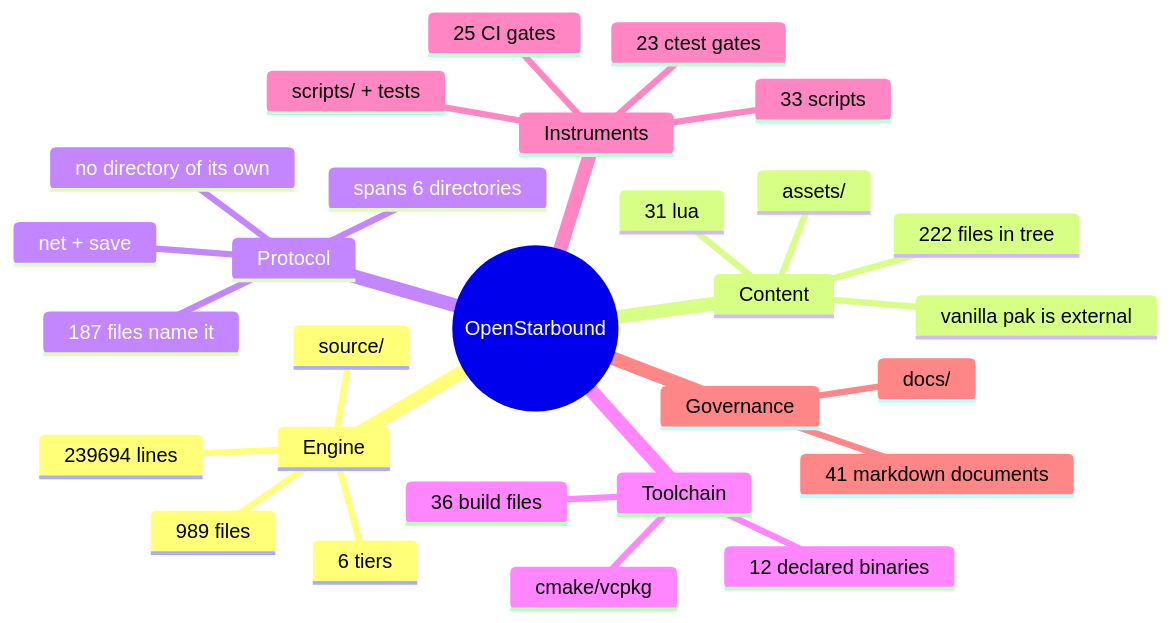
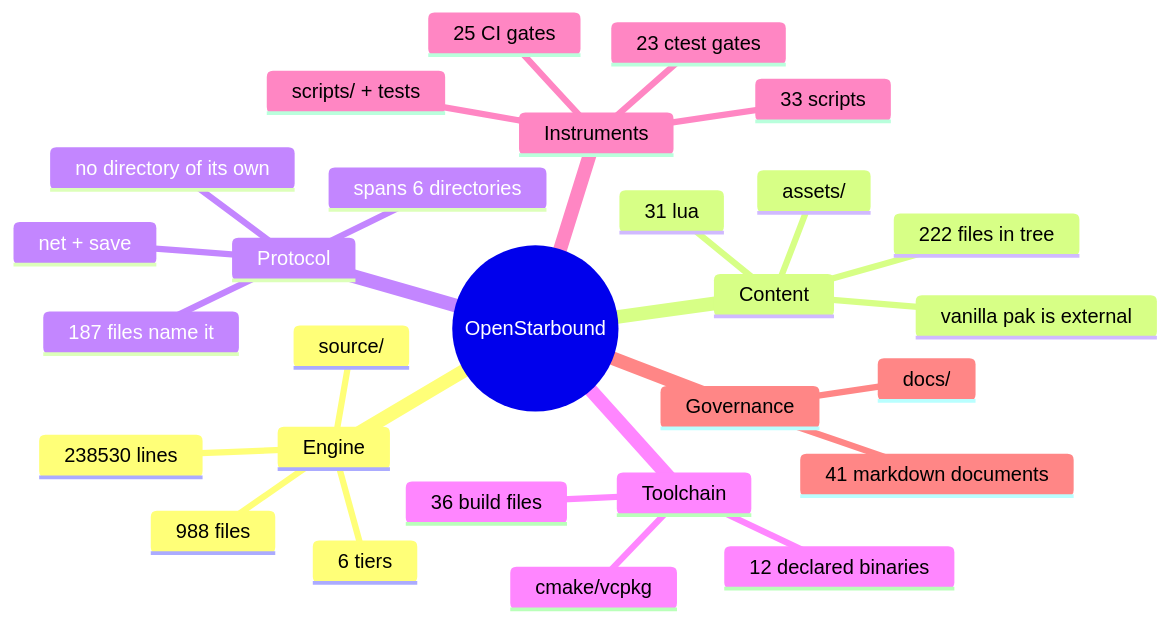
One commit to apnex/OpenStarbound changed the second of 11 diagrams in docs/architecture/system-boundaries.md. Above: the diagram before and after it, drawn with Mermaid. The commit also changed other lines of this file and 7 other files, not shown here.

````diff
--- a/docs/architecture/system-boundaries.md
+++ b/docs/architecture/system-boundaries.md
@@ -166,31 +166,31 @@
 ```mermaid
 mindmap
   root((OpenStarbound))
     Engine
       source/
-      989 files
-      239694 lines
+      988 files
+      238530 lines
       6 tiers
     Content
       assets/
       222 files in tree
       31 lua
       vanilla pak is external
     Protocol
       net + save
       187 files name it
       spans 6 directories
       no directory of its own
     Toolchain
       cmake/vcpkg
       36 build files
       12 declared binaries
     Instruments
       scripts/ + tests
       33 scripts
       23 ctest gates
       25 CI gates
     Governance
       docs/
       41 markdown documents
 ```
````
